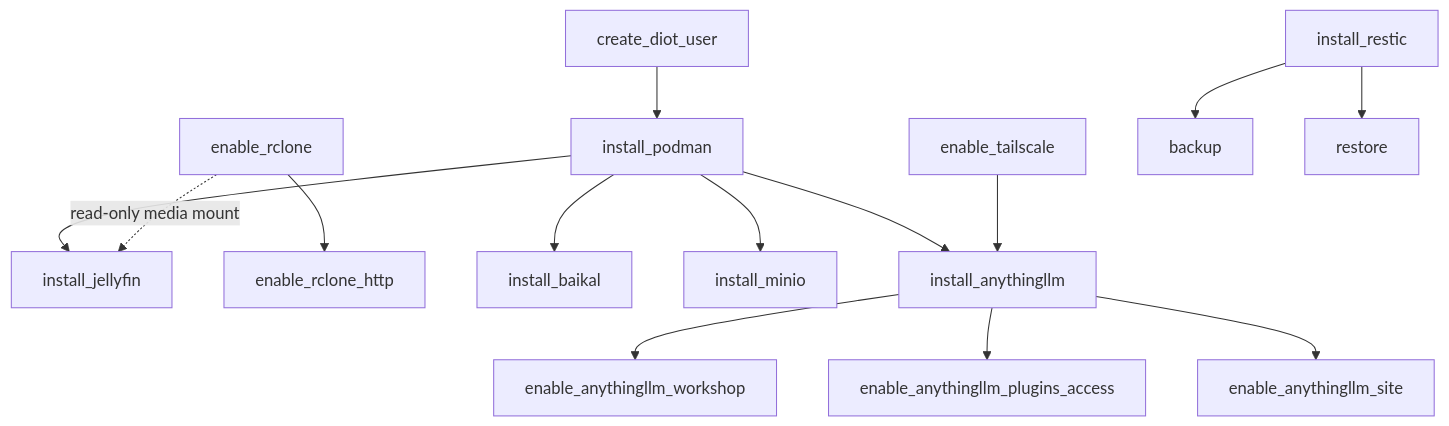
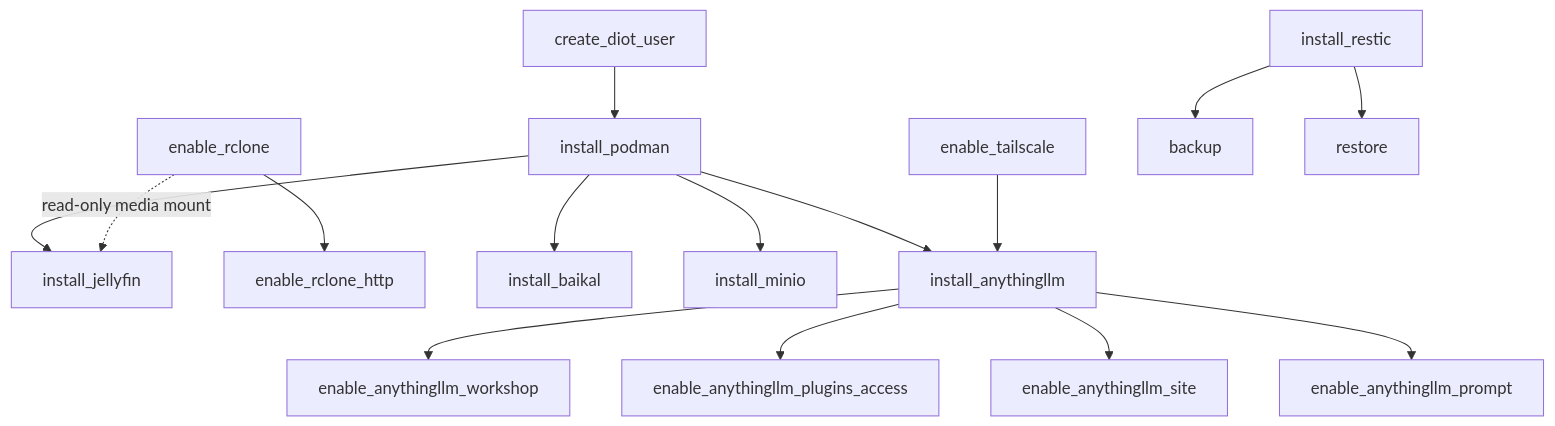
Before and after one commit to BinaryBand/strata: the diagram in README.md, drawn with Mermaid. The commit also changed other lines of this file and 5 other files, not shown here.

First line of the commit message:
feat(services): add enable_anythingllm_prompt runbook

````diff
--- a/README.md
+++ b/README.md
@@ -96,16 +96,17 @@
 ```mermaid
 flowchart TD
     diot[create_diot_user] --> podman[install_podman]
     podman --> jellyfin[install_jellyfin]
     rclone[enable_rclone] -. read-only media mount .-> jellyfin
     rclone --> rclone_http[enable_rclone_http]
     podman --> baikal[install_baikal]
     podman --> minio[install_minio]
     podman --> anythingllm[install_anythingllm]
     tailscale[enable_tailscale] --> anythingllm
     anythingllm --> anythingllm_workshop[enable_anythingllm_workshop]
     anythingllm --> anythingllm_plugins_access[enable_anythingllm_plugins_access]
     anythingllm --> anythingllm_site[enable_anythingllm_site]
+    anythingllm --> anythingllm_prompt[enable_anythingllm_prompt]
     restic[install_restic] --> backup[backup]
     restic --> restore[restore]
 ```
````
